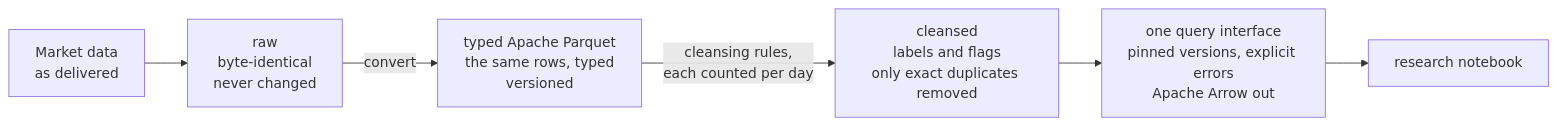
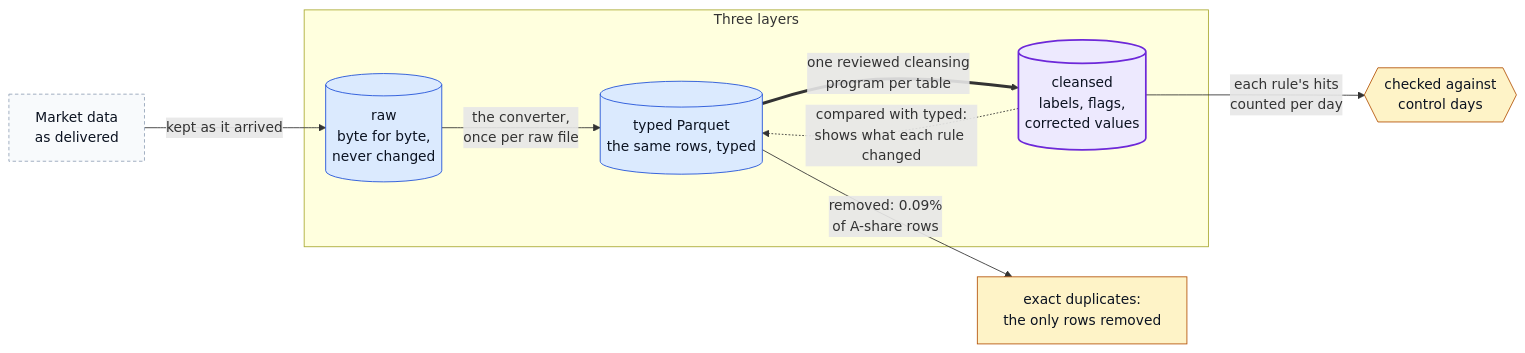
Before and after one commit to hihihhi/qts-platform-showcase: the first of 2 diagrams in docs/data-model.md, drawn with Mermaid. The commit also changed other lines of this file and 4 other files, not shown here.

First line of the commit message:
docs: add overview and mechanism diagrams with an index

````diff
--- a/docs/data-model.md
+++ b/docs/data-model.md
@@ -7,8 +9,27 @@
 ```mermaid
 flowchart LR
-    src["Market data<br/>as delivered"] --> raw["raw<br/>byte-identical<br/>never changed"]
-    raw -->|"convert"| tab["typed Apache Parquet<br/>the same rows, typed<br/>versioned"]
-    tab -->|"cleansing rules,<br/>each counted per day"| cln["cleansed<br/>labels and flags<br/>only exact duplicates removed"]
-    cln --> iface["one query interface<br/>pinned versions, explicit errors<br/>Apache Arrow out"]
-    iface --> nb["research notebook"]
+    src["Market data<br/>as delivered"]
+    subgraph layers["Three layers"]
+        raw[("raw<br/>byte for byte,<br/>never changed")]
+        tab[("typed Parquet<br/>the same rows, typed")]
+        cln[("cleansed<br/>labels, flags,<br/>corrected values")]
+    end
+    dup["exact duplicates:<br/>the only rows removed"]
+    ctl{{"checked against<br/>control days"}}
+    src -->|"kept as it arrived"| raw
+    raw -->|"the converter,<br/>once per raw file"| tab
+    tab ==>|"one reviewed cleansing<br/>program per table"| cln
+    tab -->|"removed: 0.09%<br/>of A-share rows"| dup
+    cln -.->|"compared with typed:<br/>shows what each rule changed"| tab
+    cln -->|"each rule's hits<br/>counted per day"| ctl
+    classDef data fill:#dbeafe,stroke:#1d4ed8,color:#0b1220
+    classDef step fill:#f1f5f9,stroke:#475569,color:#0b1220
+    classDef gate fill:#fef3c7,stroke:#b45309,color:#0b1220
+    classDef out  fill:#dcfce7,stroke:#15803d,color:#0b1220
+    classDef ext  fill:#f8fafc,stroke:#94a3b8,color:#0b1220,stroke-dasharray:4 3
+    classDef key  fill:#ede9fe,stroke:#6d28d9,color:#0b1220,stroke-width:2px
+    class src ext
+    class raw,tab data
+    class cln key
+    class dup,ctl gate
 ```
````
